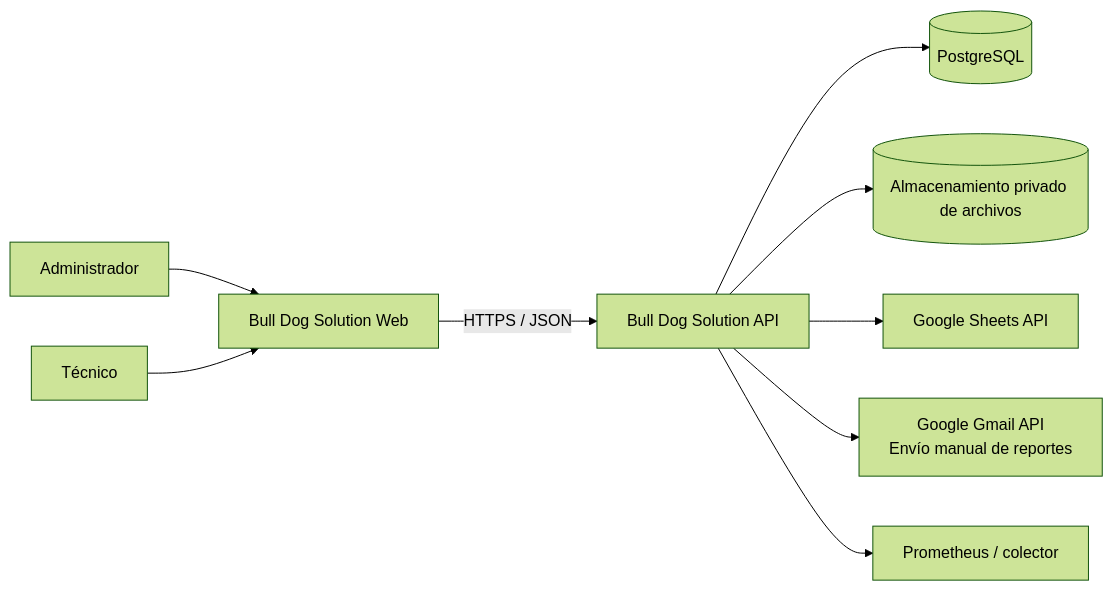
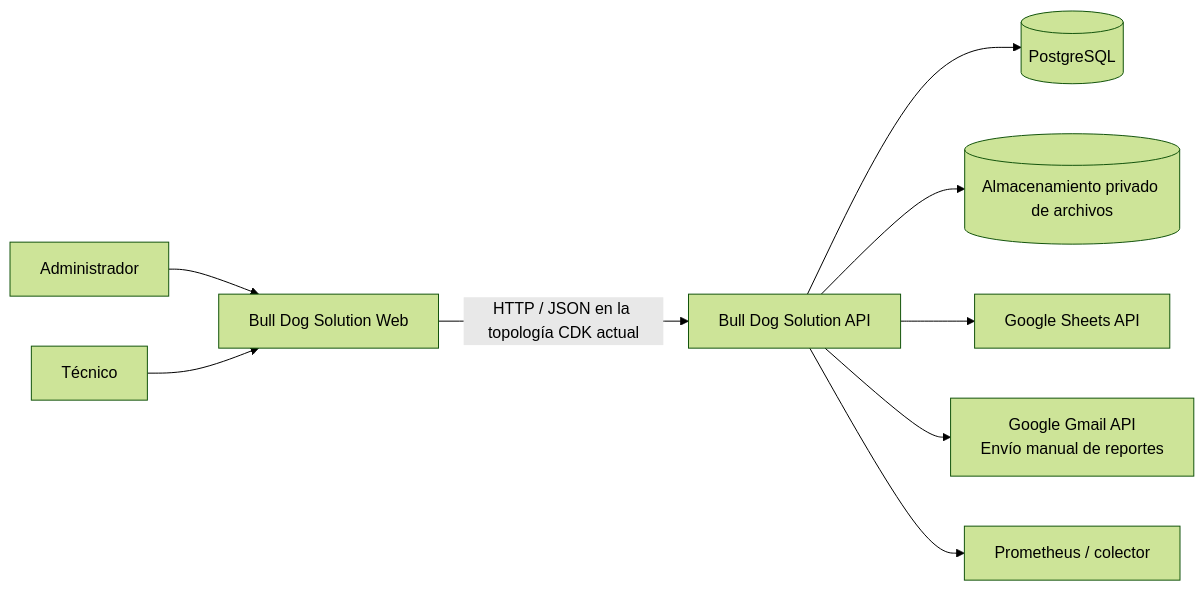
The first of 3 diagrams in docs/technical/architecture.md (luistorres-idt/puk), drawn with Mermaid (forest theme) before and after one commit. The commit also changed other lines of this file and 8 other files, not shown here.

Commit message:
docs: update deployment and architecture documentation

````diff
--- a/docs/technical/architecture.md
+++ b/docs/technical/architecture.md
@@ -11,11 +11,11 @@
 ```mermaid
 flowchart LR
     Admin[Administrador] --> Web[Bull Dog Solution Web]
     Tech[Técnico] --> Web
-    Web -->|HTTPS / JSON| API[Bull Dog Solution API]
+    Web -->|HTTP / JSON en la topología CDK actual| API[Bull Dog Solution API]
     API --> DB[(PostgreSQL)]
     API --> Storage[(Almacenamiento privado de archivos)]
     API --> Sheets[Google Sheets API]
     API --> Gmail[Google Gmail API\nEnvío manual de reportes]
     API --> Metrics[Prometheus / colector]
 ```
````
